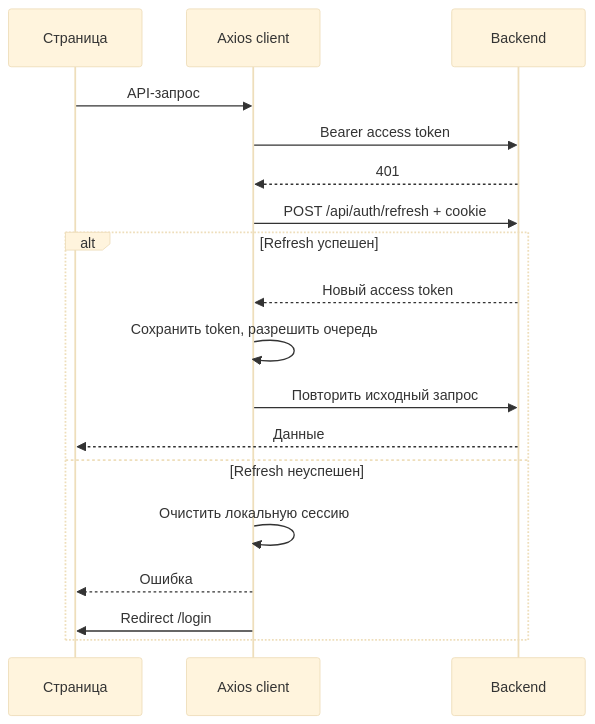
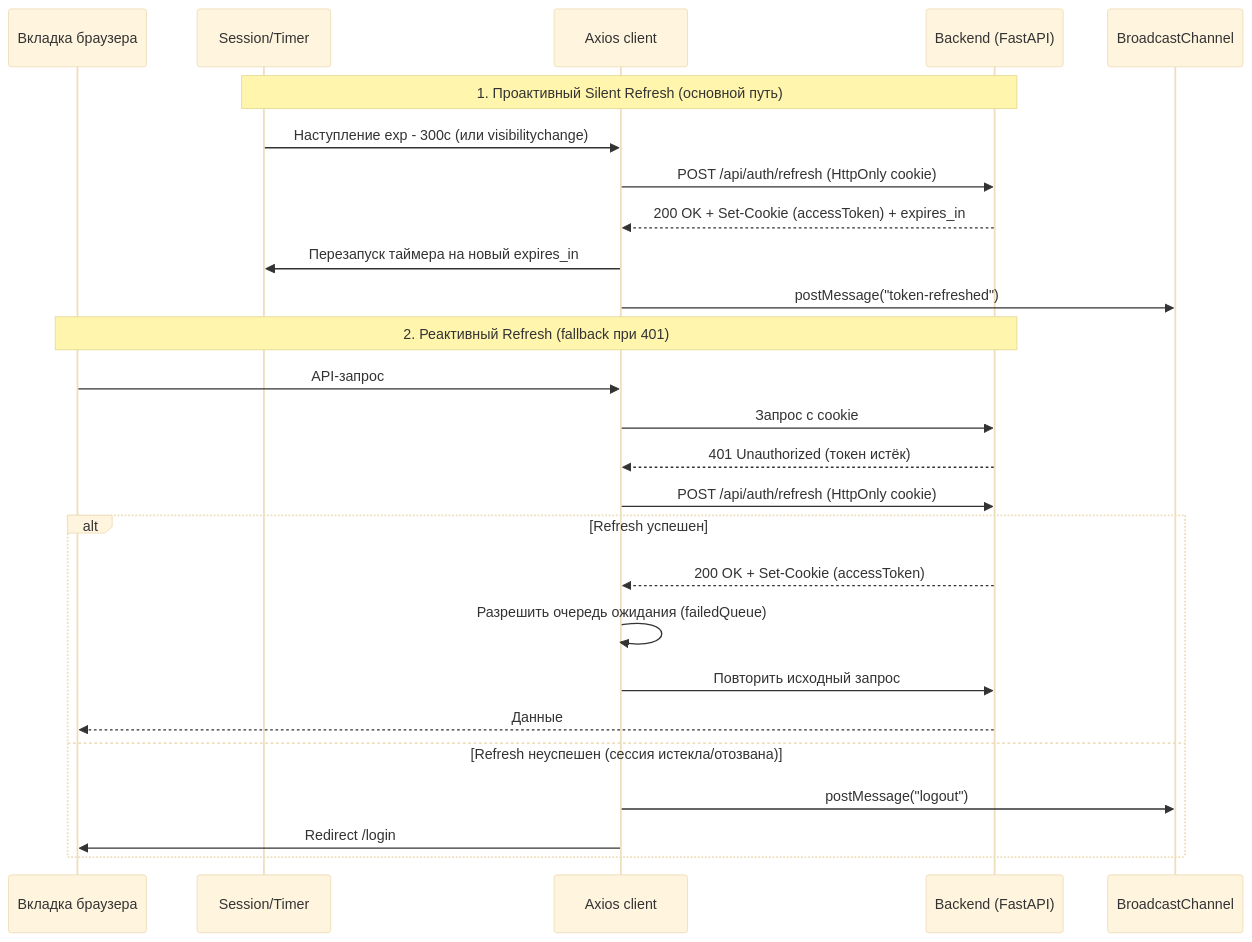
Before and after one commit to OlegLebedevRU/etranprocessing: the fourth of 5 diagrams in docs/menubuilder-frontend-architecture.md, drawn with Mermaid (base theme). The commit also changed other lines of this file and 39 other files, not shown here.

Commit message:
big refactor tenant architecture

````diff
--- a/docs/menubuilder-frontend-architecture.md
+++ b/docs/menubuilder-frontend-architecture.md
@@ -150,21 +153,30 @@
 ```mermaid
 sequenceDiagram
-    participant Page as Страница
+    participant Tab as Вкладка браузера
+    participant Session as Session/Timer
     participant Client as Axios client
-    participant API as Backend
+    participant API as Backend (FastAPI)
+    participant Channel as BroadcastChannel
 
-    Page->>Client: API-запрос
-    Client->>API: Bearer access token
-    API-->>Client: 401
-    Client->>API: POST /api/auth/refresh + cookie
+    Note over Session,API: 1. Проактивный Silent Refresh (основной путь)
+    Session->>Client: Наступление exp - 300с (или visibilitychange)
+    Client->>API: POST /api/auth/refresh (HttpOnly cookie)
+    API-->>Client: 200 OK + Set-Cookie (accessToken) + expires_in
+    Client->>Session: Перезапуск таймера на новый expires_in
+    Client->>Channel: postMessage("token-refreshed")
+
+    Note over Tab,API: 2. Реактивный Refresh (fallback при 401)
+    Tab->>Client: API-запрос
+    Client->>API: Запрос с cookie
+    API-->>Client: 401 Unauthorized (токен истёк)
+    Client->>API: POST /api/auth/refresh (HttpOnly cookie)
     alt Refresh успешен
-        API-->>Client: Новый access token
-        Client->>Client: Сохранить token, разрешить очередь
+        API-->>Client: 200 OK + Set-Cookie (accessToken)
+        Client->>Client: Разрешить очередь ожидания (failedQueue)
         Client->>API: Повторить исходный запрос
-        API-->>Page: Данные
-    else Refresh неуспешен
-        Client->>Client: Очистить локальную сессию
-        Client-->>Page: Ошибка
-        Client->>Page: Redirect /login
+        API-->>Tab: Данные
+    else Refresh неуспешен (сессия истекла/отозвана)
+        Client->>Channel: postMessage("logout")
+        Client->>Tab: Redirect /login
     end
 ```
````
